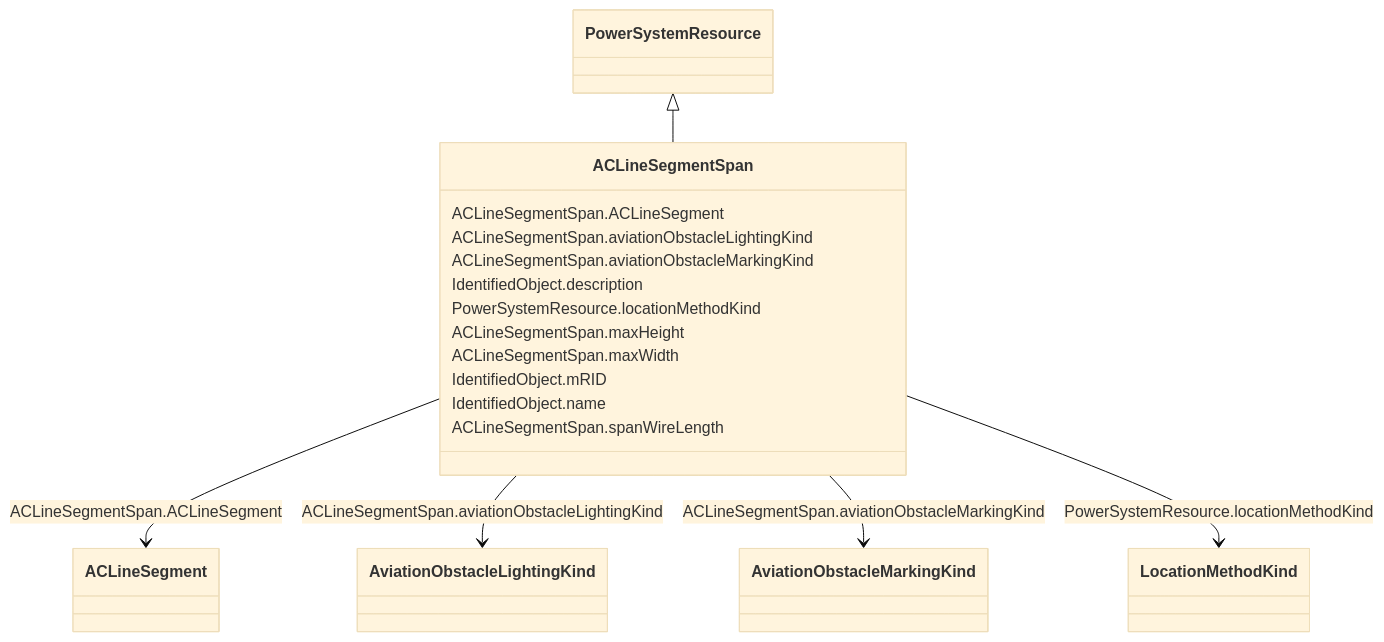
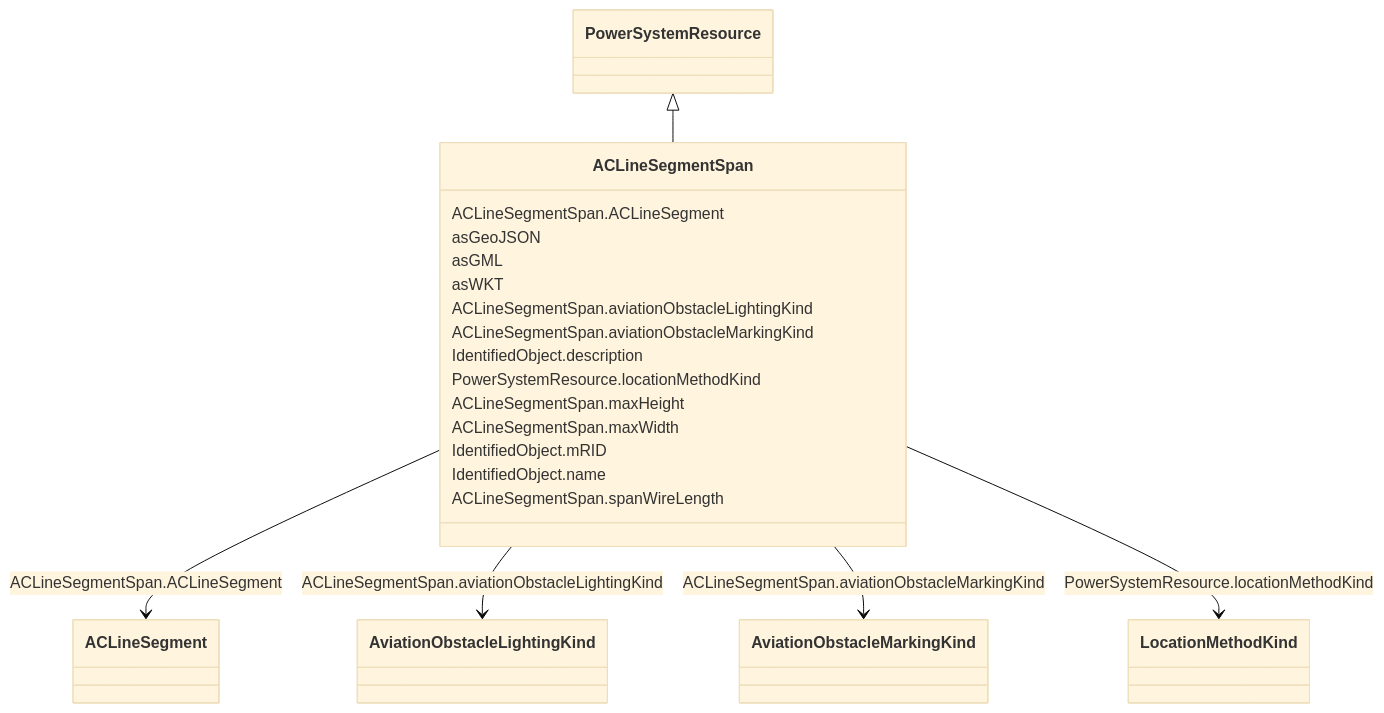
One commit to 3lbits/NoCIMExtensions changed the diagram in docs/AviationObstacle/ACLineSegmentSpan.md. Above: the diagram before and after it, drawn with Mermaid (base theme). The commit also changed other lines of this file and 34 other files, not shown here.

````diff
--- a/docs/AviationObstacle/ACLineSegmentSpan.md
+++ b/docs/AviationObstacle/ACLineSegmentSpan.md
@@ -16,41 +16,47 @@
 ```mermaid
  classDiagram
     class ACLineSegmentSpan
     click ACLineSegmentSpan href "../ACLineSegmentSpan"
       PowerSystemResource <|-- ACLineSegmentSpan
         click PowerSystemResource href "../PowerSystemResource"
       
       ACLineSegmentSpan : ACLineSegmentSpan.ACLineSegment
         
           ACLineSegmentSpan --> ACLineSegment : ACLineSegmentSpan.ACLineSegment
           click ACLineSegment href "../ACLineSegment"
+        
+      ACLineSegmentSpan : asGeoJSON
+        
+      ACLineSegmentSpan : asGML
+        
+      ACLineSegmentSpan : asWKT
         
       ACLineSegmentSpan : ACLineSegmentSpan.aviationObstacleLightingKind
         
           ACLineSegmentSpan --> AviationObstacleLightingKind : ACLineSegmentSpan.aviationObstacleLightingKind
           click AviationObstacleLightingKind href "../AviationObstacleLightingKind"
         
       ACLineSegmentSpan : ACLineSegmentSpan.aviationObstacleMarkingKind
         
           ACLineSegmentSpan --> AviationObstacleMarkingKind : ACLineSegmentSpan.aviationObstacleMarkingKind
           click AviationObstacleMarkingKind href "../AviationObstacleMarkingKind"
         
       ACLineSegmentSpan : IdentifiedObject.description
         
       ACLineSegmentSpan : PowerSystemResource.locationMethodKind
         
           ACLineSegmentSpan --> LocationMethodKind : PowerSystemResource.locationMethodKind
           click LocationMethodKind href "../LocationMethodKind"
         
       ACLineSegmentSpan : ACLineSegmentSpan.maxHeight
         
       ACLineSegmentSpan : ACLineSegmentSpan.maxWidth
         
       ACLineSegmentSpan : IdentifiedObject.mRID
         
       ACLineSegmentSpan : IdentifiedObject.name
         
       ACLineSegmentSpan : ACLineSegmentSpan.spanWireLength
         
       
 ```
````
